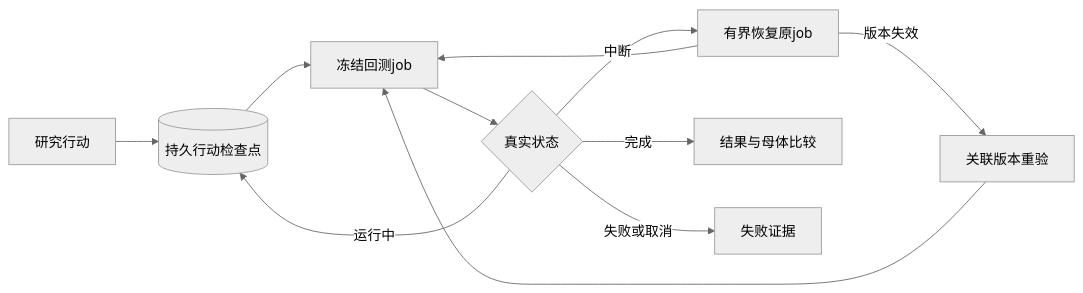
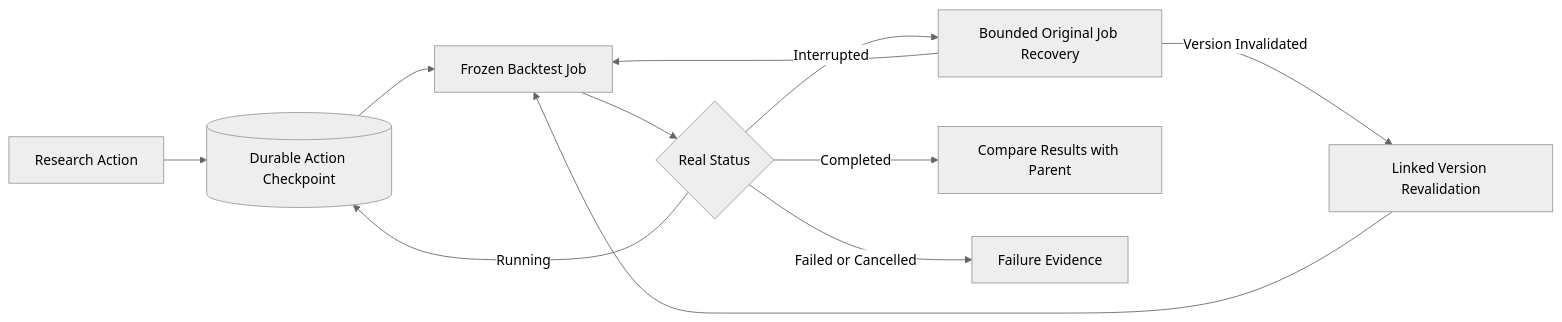
Before and after one commit to Shadowell/HyperTrade: the first of 2 diagrams in README.md, drawn with Mermaid (neutral theme). The commit also changed other lines of this file and 6 other files, not shown here.

````diff
--- a/README.md
+++ b/README.md
@@ -9,13 +9,13 @@
 ```mermaid
 flowchart LR
-    A[研究行动] --> J[(持久行动检查点)]
-    J --> B[冻结回测job]
-    B --> S{真实状态}
-    S -->|运行中| J
-    S -->|中断| R[有界恢复原job]
+    A[Research Action] --> J[(Durable Action Checkpoint)]
+    J --> B[Frozen Backtest Job]
+    B --> S{Real Status}
+    S -->|Running| J
+    S -->|Interrupted| R[Bounded Original Job Recovery]
     R --> B
-    R -->|版本失效| V[关联版本重验]
+    R -->|Version Invalidated| V[Linked Version Revalidation]
     V --> B
-    S -->|完成| Q[结果与母体比较]
-    S -->|失败或取消| F[失败证据]
+    S -->|Completed| Q[Compare Results with Parent]
+    S -->|Failed or Cancelled| F[Failure Evidence]
 ```
````
